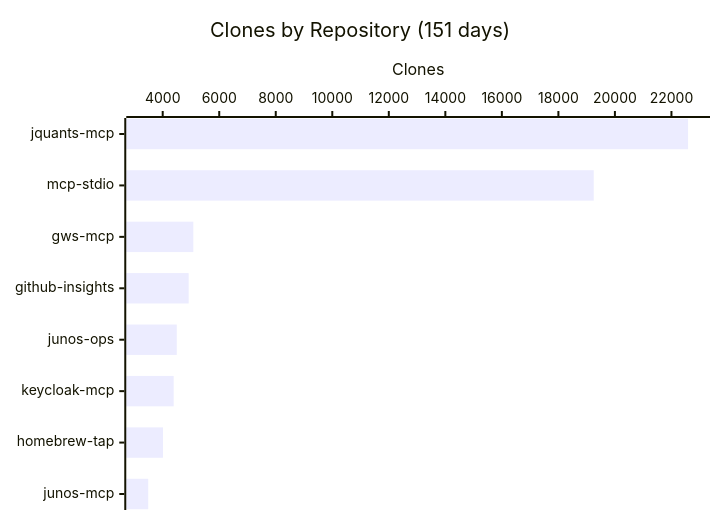
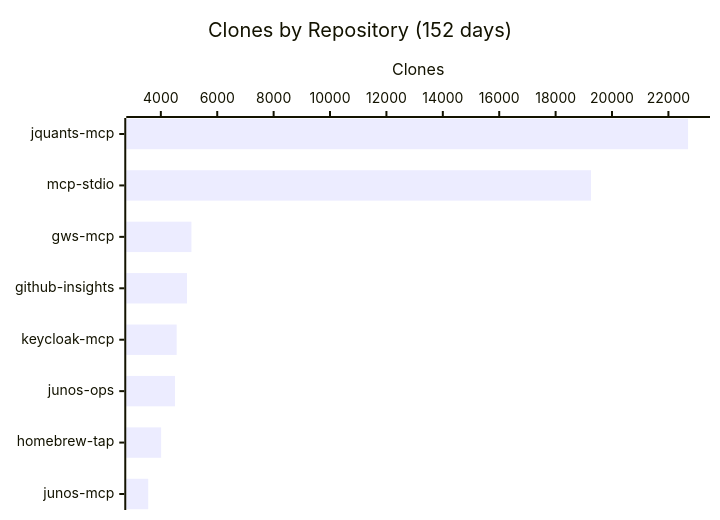
Before and after one commit to shigechika/github-insights: the fourth of 4 diagrams in README.md, drawn with Mermaid. The commit also changed other lines of this file and 2 other files, not shown here.

````diff
--- a/README.md
+++ b/README.md
@@ -58,7 +58,7 @@
 ```mermaid
 xychart-beta horizontal
-    title "Clones by Repository (151 days)"
-    x-axis ["jquants-mcp", "mcp-stdio", "gws-mcp", "github-insights", "junos-ops", "keycloak-mcp", "homebrew-tap", "junos-mcp"]
+    title "Clones by Repository (152 days)"
+    x-axis ["jquants-mcp", "mcp-stdio", "gws-mcp", "github-insights", "keycloak-mcp", "junos-ops", "homebrew-tap", "junos-mcp"]
     y-axis "Clones"
-    bar [22588, 19250, 5083, 4918, 4498, 4388, 4009, 3487]
+    bar [22697, 19254, 5084, 4929, 4562, 4501, 4011, 3552]
 ```
````
